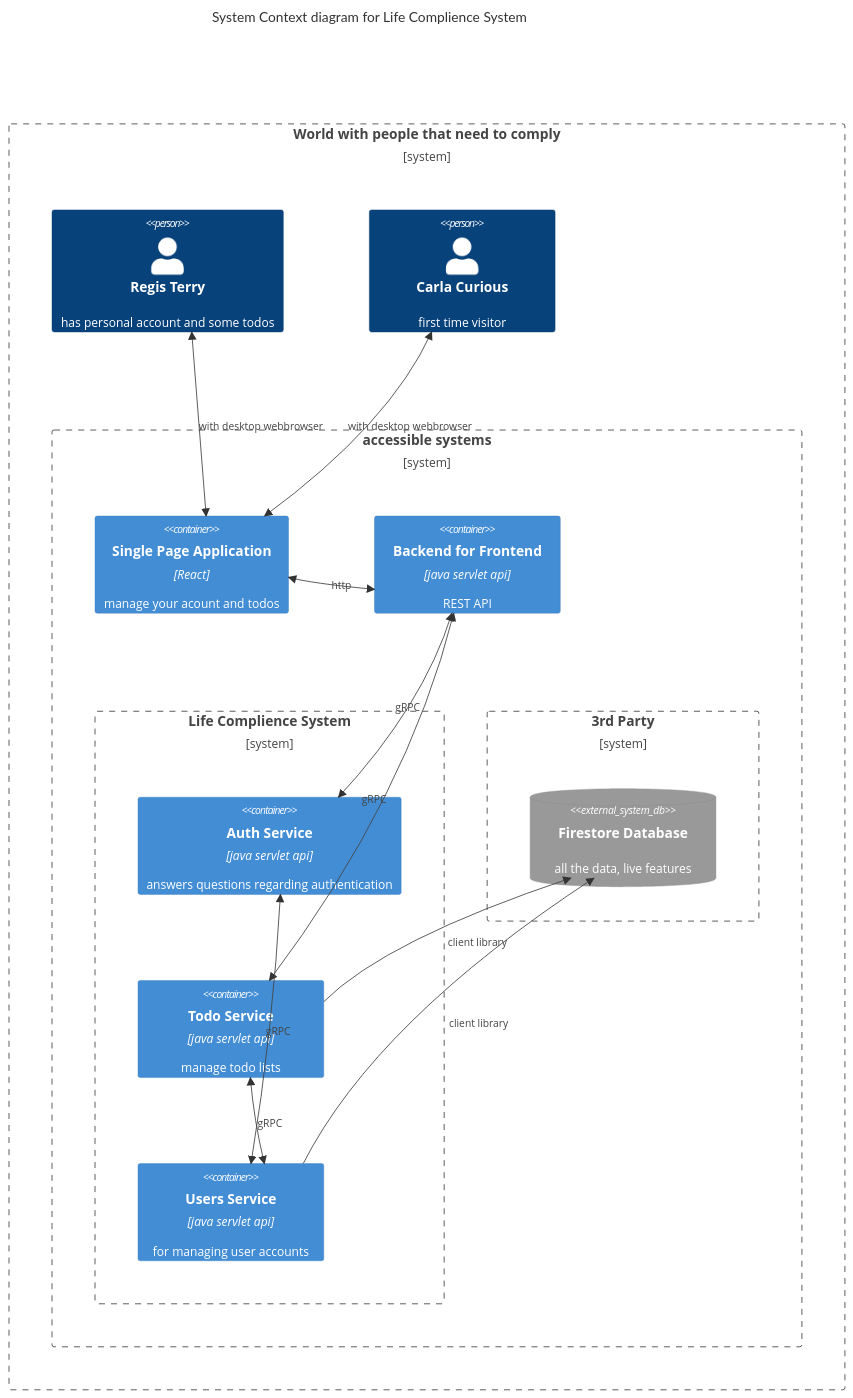
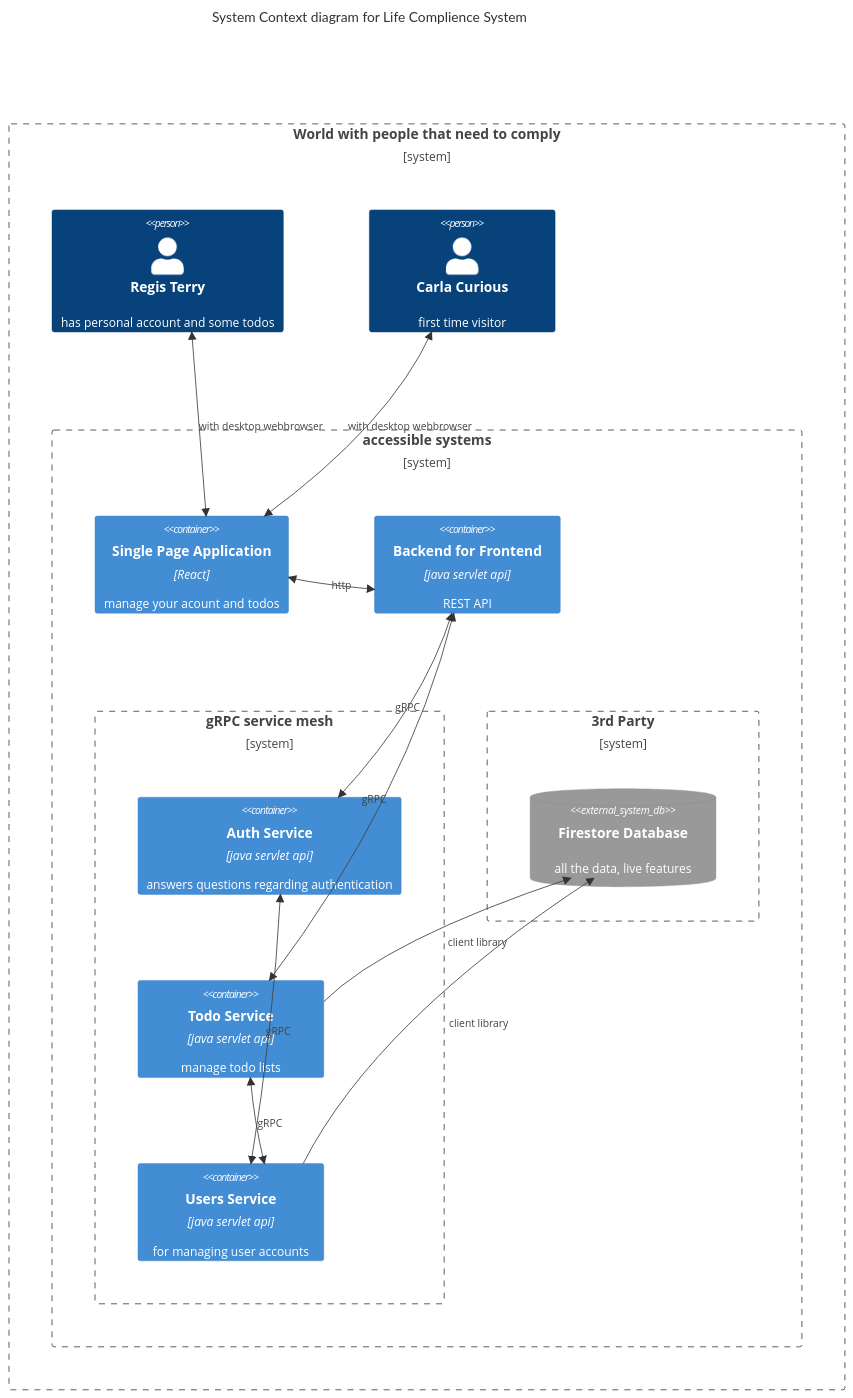
Before and after one commit to globalworming/todo-list-fullstack: the diagram in README.md, drawn with Mermaid.

````diff
--- a/README.md
+++ b/README.md
@@ -6,30 +6,30 @@
 ```mermaid
 C4Context
     title System Context diagram for Life Complience System
     Boundary(b0, "World with people that need to comply") {
         Person(registered, "Regis Terry", "has personal account and some todos")     
         Person(unregistered, "Carla Curious", "first time visitor")     
         Boundary(b1, "accessible systems") {
             Container(SPA, "Single Page Application", "React", "manage your acount and todos")
             Container(BFF, "Backend for Frontend", "java servlet api"," REST API")
-            Boundary(b2, "Life Complience System") {
+            Boundary(b2, "gRPC service mesh") {
                 Container(AUTH, "Auth Service", "java servlet api","answers questions regarding authentication")
                 Container(TODO, "Todo Service", "java servlet api","manage todo lists")
                 Container(USER, "Users Service", "java servlet api"," for managing user accounts")
             }
             Boundary(b3, "3rd Party") {
               SystemDb_Ext(DB, "Firestore Database", "all the data, live features")
             }
         }
     }
 BiRel(registered, SPA, "with desktop webbrowser")
 BiRel(unregistered, SPA, "with desktop webbrowser")
 BiRel(SPA, BFF, "http")
 BiRel(BFF, AUTH, "gRPC")
 BiRel(BFF, TODO, "gRPC")
 BiRel(TODO, USER, "gRPC")
 BiRel(AUTH, USER, "gRPC")
 Rel(TODO, DB, "client library")
 Rel(USER, DB, "client library")
 UpdateLayoutConfig($c4ShapeInRow="2", $c4BoundaryInRow="2")    
 ```
````
